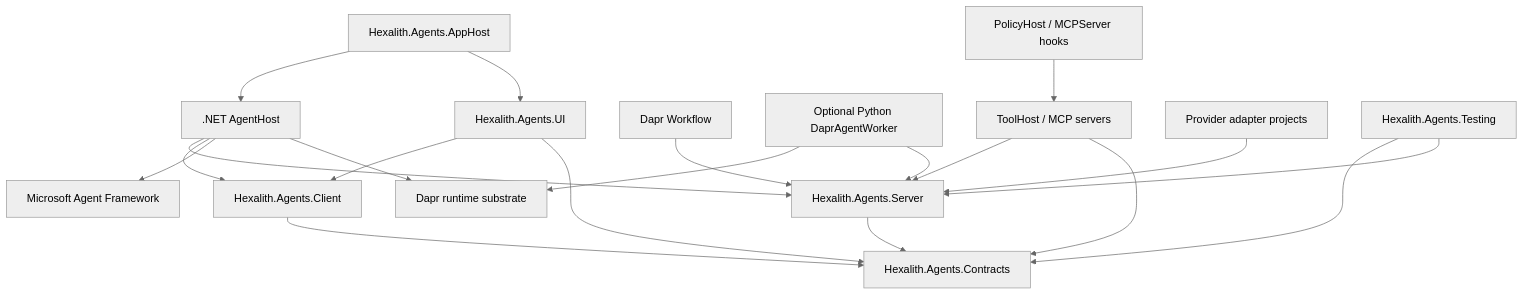
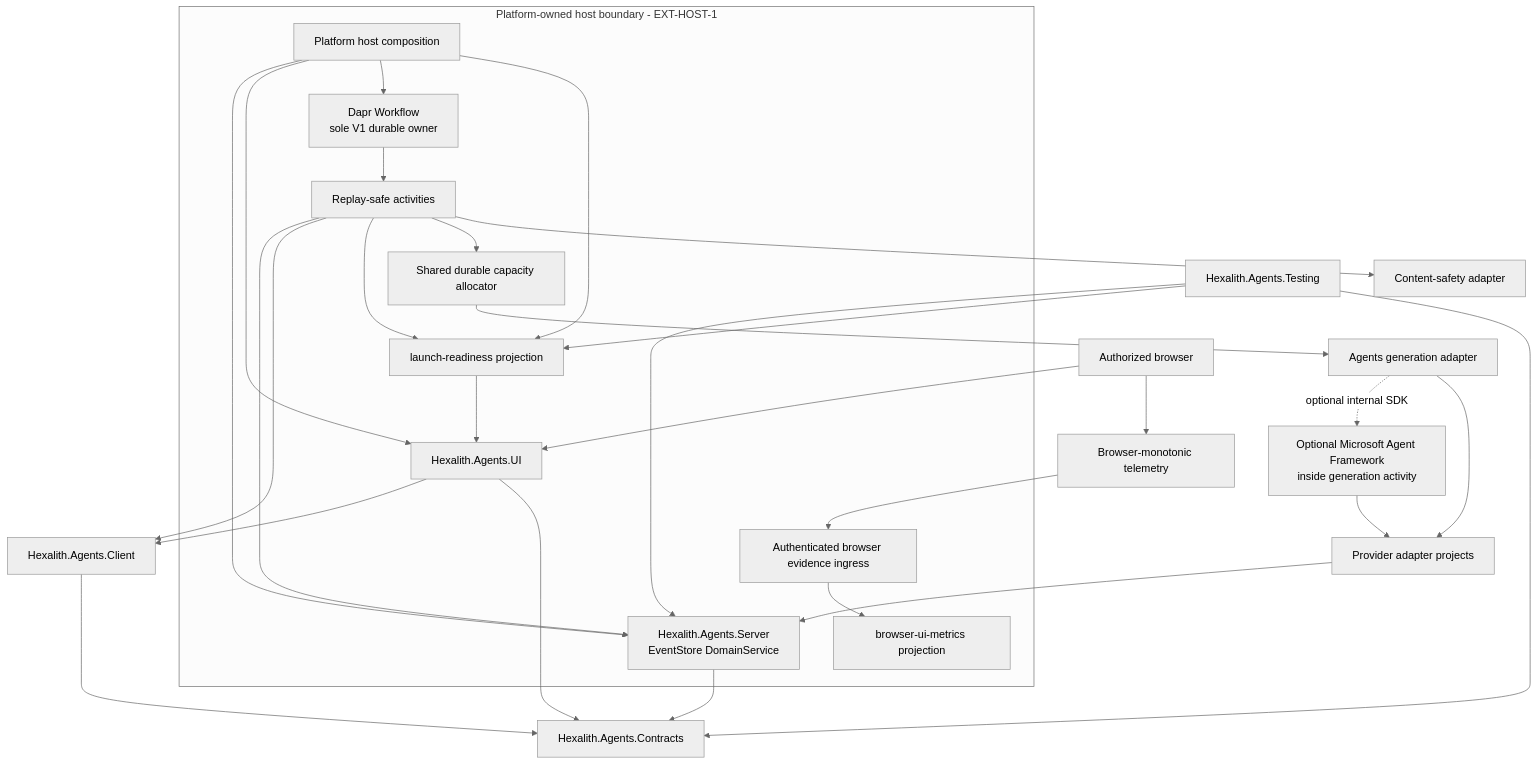
The second of 4 diagrams in _bmad-output/planning-artifacts/architecture/architecture-agents-2026-06-23-2/ARCHITECTURE-SPINE.md (Hexalith/Hexalith.Agents), drawn with Mermaid (neutral theme) before and after one commit. The commit also changed other lines of this file and 28 other files, not shown here.

````diff
--- a/_bmad-output/planning-artifacts/architecture/architecture-agents-2026-06-23-2/ARCHITECTURE-SPINE.md
+++ b/_bmad-output/planning-artifacts/architecture/architecture-agents-2026-06-23-2/ARCHITECTURE-SPINE.md
@@ -188,37 +251,51 @@
 ```mermaid
 flowchart TB
+  Browser[Authorized browser]
+  BrowserTelemetry[Browser-monotonic telemetry]
   Contracts[Hexalith.Agents.Contracts]
   Client[Hexalith.Agents.Client]
-  Server[Hexalith.Agents.Server]
-  Host[.NET AgentHost]
-  UI[Hexalith.Agents.UI]
-  AgentFramework[Microsoft Agent Framework]
-  DaprRuntime[Dapr runtime substrate]
-  DaprWorkflow[Dapr Workflow]
-  DaprAgentWorker[Optional Python DaprAgentWorker]
-  ToolHost[ToolHost / MCP servers]
-  PolicyHost[PolicyHost / MCPServer hooks]
+  subgraph PlatformBoundary[Platform-owned host boundary - EXT-HOST-1]
+    PlatformHost[Platform host composition]
+    Server[Hexalith.Agents.Server<br/>EventStore DomainService]
+    UI[Hexalith.Agents.UI]
+    DaprWorkflow[Dapr Workflow<br/>sole V1 durable owner]
+    Activities[Replay-safe activities]
+    CapacityGate[Shared durable capacity allocator]
+    ReadinessRegistry[launch-readiness projection]
+    EvidenceIngress[Authenticated browser evidence ingress]
+    BrowserMetrics[browser-ui-metrics projection]
+  end
+  GenerationAdapter[Agents generation adapter]
+  AgentFramework[Optional Microsoft Agent Framework<br/>inside generation activity]
+  SafetyAdapter[Content-safety adapter]
   ProviderAdapters[Provider adapter projects]
   Testing[Hexalith.Agents.Testing]
-  AppHost[Hexalith.Agents.AppHost]
 
+  Browser --> UI
+  Browser --> BrowserTelemetry
+  BrowserTelemetry --> EvidenceIngress
+  EvidenceIngress --> BrowserMetrics
+  PlatformHost --> Server
+  PlatformHost --> UI
+  PlatformHost --> DaprWorkflow
+  PlatformHost --> ReadinessRegistry
   Client --> Contracts
   Server --> Contracts
-  Host --> Server
-  Host --> Client
-  Host --> AgentFramework
-  Host --> DaprRuntime
-  DaprWorkflow --> Server
-  DaprAgentWorker --> DaprRuntime
-  DaprAgentWorker --> Server
-  ToolHost --> Server
-  ToolHost --> Contracts
-  PolicyHost --> ToolHost
+  DaprWorkflow --> Activities
+  Activities --> Server
+  Activities --> Client
+  Activities --> ReadinessRegistry
+  Activities --> CapacityGate
+  CapacityGate --> GenerationAdapter
+  GenerationAdapter -. optional internal SDK .-> AgentFramework
+  GenerationAdapter --> ProviderAdapters
+  Activities --> SafetyAdapter
+  AgentFramework --> ProviderAdapters
   UI --> Client
   UI --> Contracts
+  ReadinessRegistry --> UI
   ProviderAdapters --> Server
   Testing --> Contracts
   Testing --> Server
-  AppHost --> Host
-  AppHost --> UI
+  Testing --> ReadinessRegistry
 ```
````
